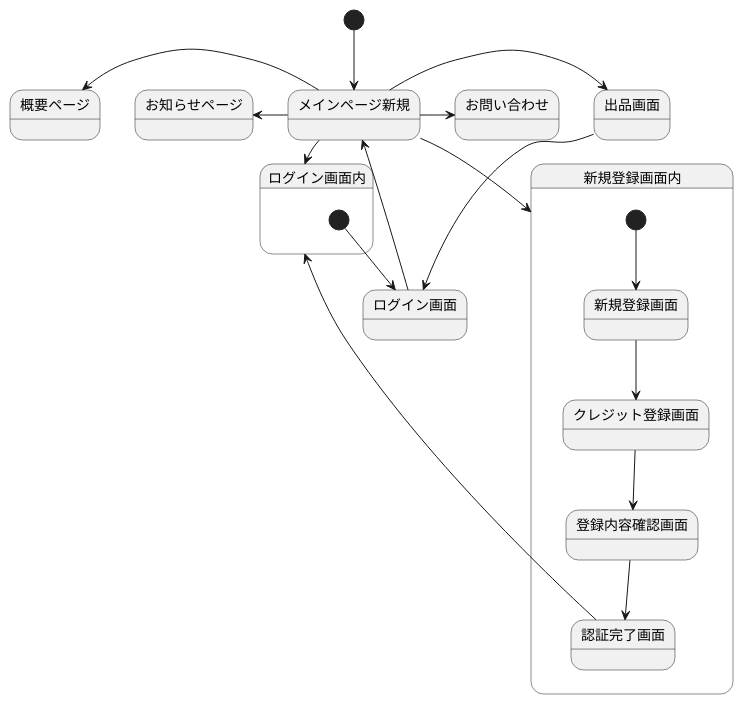
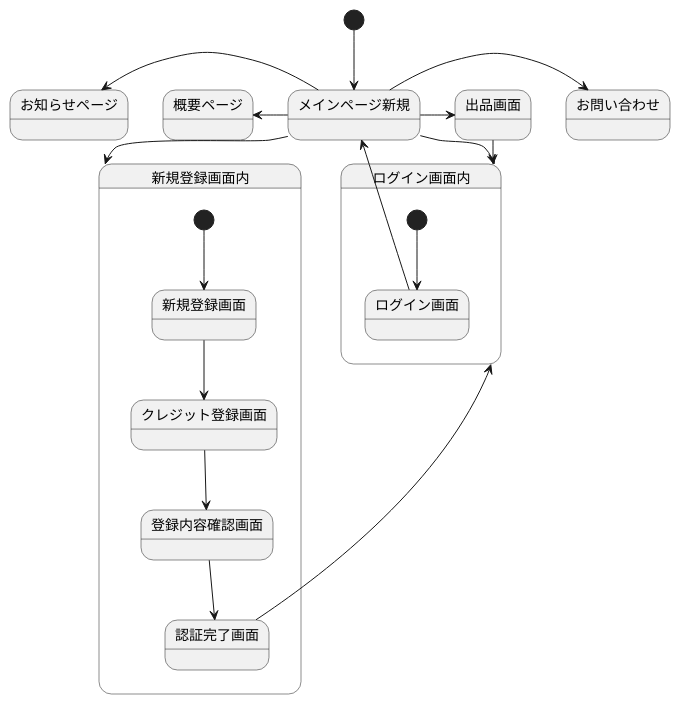
The diagram in 画面遷移図.md (Aso2001147/2021SystemDesign), drawn with PlantUML before and after one commit.

````diff
--- a/画面遷移図.md
+++ b/画面遷移図.md
@@ -1,28 +1,28 @@
 ```uml
 @startuml
 [*] --> メインページ新規
 メインページ新規 -left-> 概要ページ
 メインページ新規 -> お問い合わせ
 メインページ新規 -left-> お知らせページ
 メインページ新規 --> ログイン画面内
 メインページ新規 --> 新規登録画面内
 メインページ新規 -> 出品画面
-出品画面 -> ログイン画面
+出品画面 -> ログイン画面内
 
 
 state 新規登録画面内{
 [*] --> 新規登録画面
 新規登録画面 -down-> クレジット登録画面
 クレジット登録画面 -down-> 登録内容確認画面
 登録内容確認画面 -down-> 認証完了画面
 認証完了画面 -up-> ログイン画面内
 }
 
 state ログイン画面内{
 [*] -down-> ログイン画面
 ログイン画面 -up-> メインページ新規
 }
 
 
 @enduml
 ```
````
